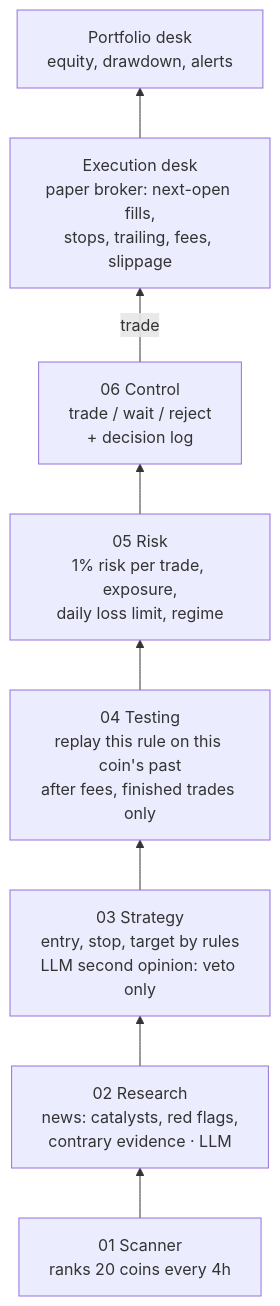
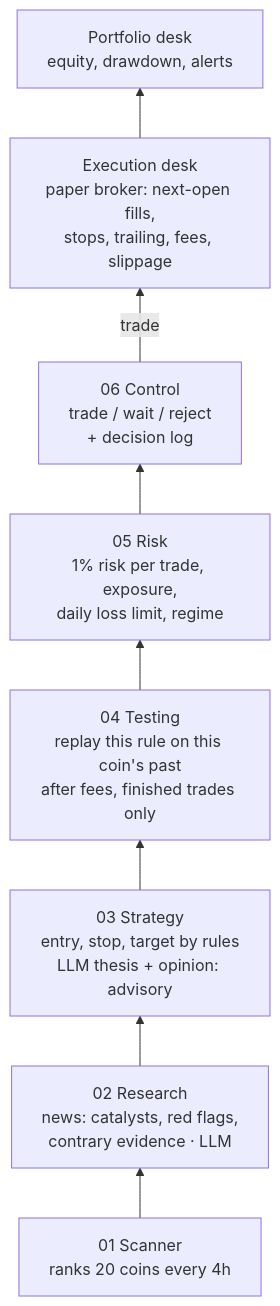
Before and after one commit to Tanzil-Ali-Rizvi/agent-trading-firm: the first of 2 diagrams in README.md, drawn with Mermaid. The commit also changed other lines of this file and 6 other files, not shown here.

First line of the commit message:
LLM review becomes advisory after the ablation showed its vetoes removed winning trades; publish ablation

````diff
--- a/README.md
+++ b/README.md
@@ -15,10 +15,10 @@
 ```mermaid
 flowchart BT
     S[01 Scanner<br/>ranks 20 coins every 4h] --> R[02 Research<br/>news: catalysts, red flags,<br/>contrary evidence · LLM]
-    R --> ST[03 Strategy<br/>entry, stop, target by rules<br/>LLM second opinion: veto only]
+    R --> ST[03 Strategy<br/>entry, stop, target by rules<br/>LLM thesis + opinion: advisory]
     ST --> T[04 Testing<br/>replay this rule on this coin's past<br/>after fees, finished trades only]
     T --> RK[05 Risk<br/>1% risk per trade, exposure,<br/>daily loss limit, regime]
     RK --> C[06 Control<br/>trade / wait / reject<br/>+ decision log]
     C -->|trade| X[Execution desk<br/>paper broker: next-open fills,<br/>stops, trailing, fees, slippage]
     X --> P[Portfolio desk<br/>equity, drawdown, alerts]
 ```
````
